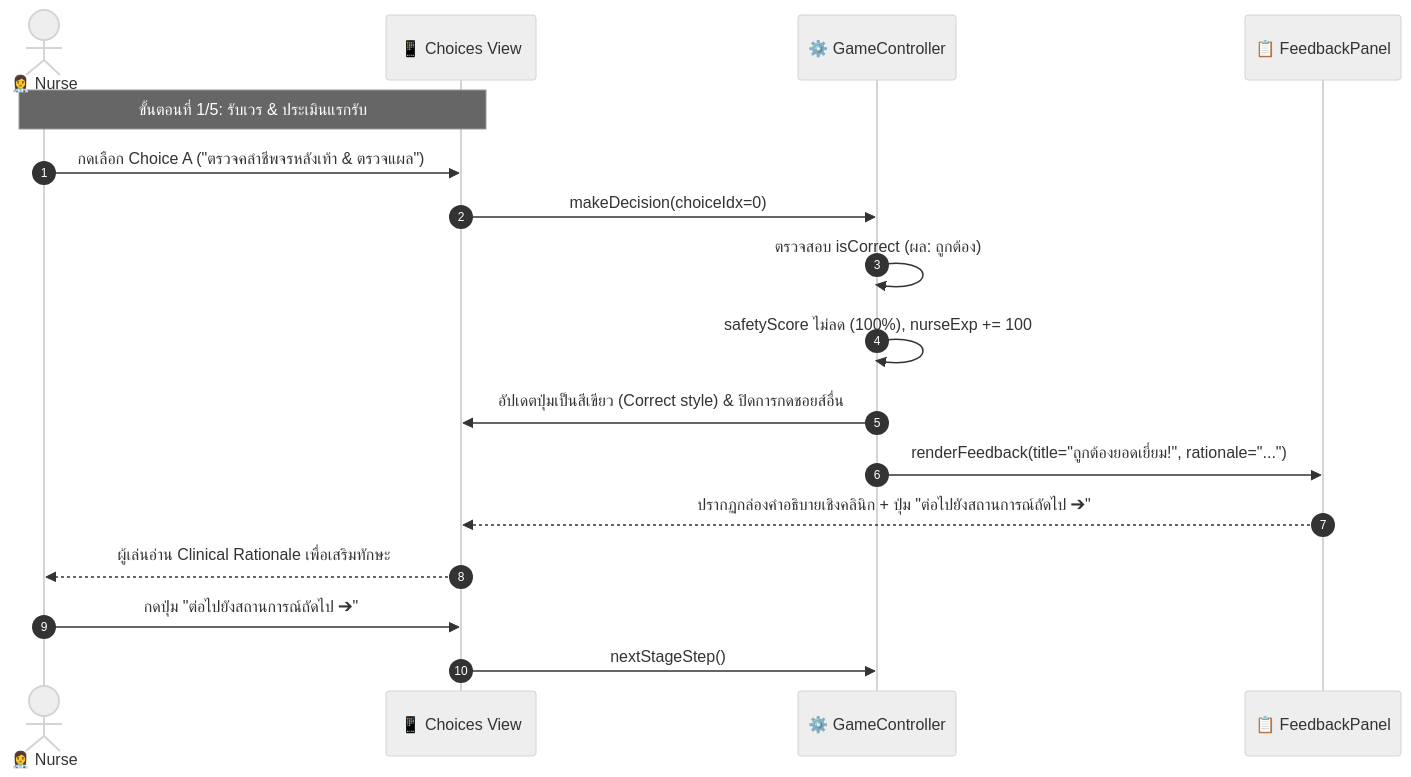
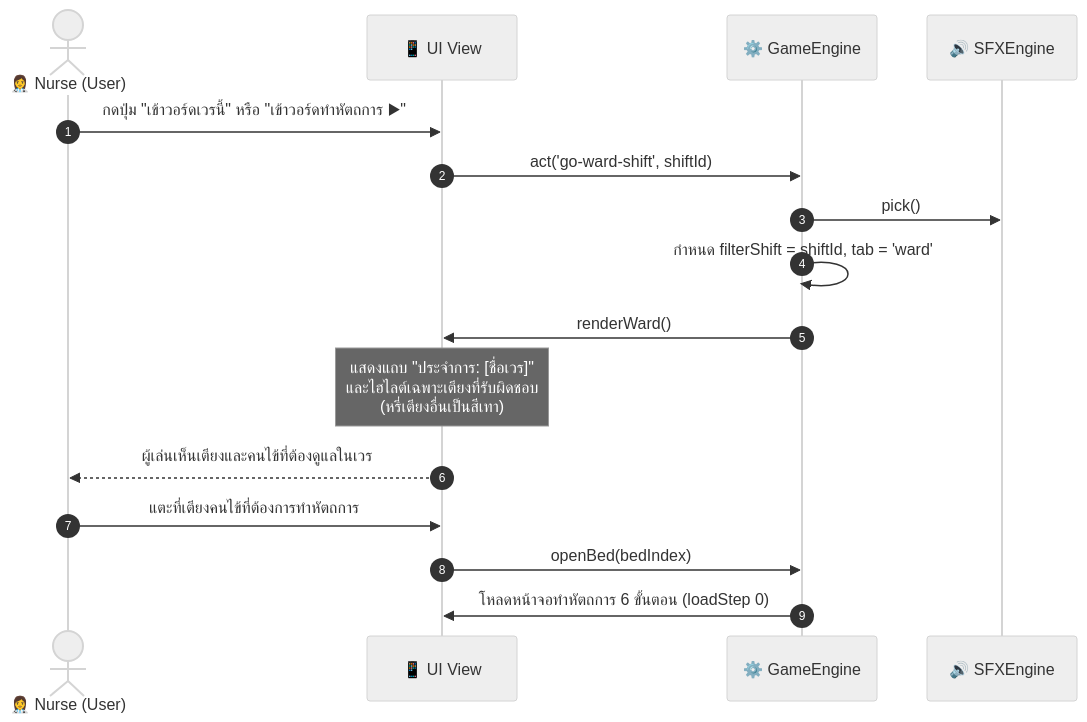
One commit to superxsiwa/a-ward changed the second of 5 diagrams in docs/SEQUENCE_DIAGRAMS.md. Above: the diagram before and after it, drawn with Mermaid (neutral theme). The commit also changed other lines of this file and 3 other files, not shown here.

````diff
--- a/docs/SEQUENCE_DIAGRAMS.md
+++ b/docs/SEQUENCE_DIAGRAMS.md
@@ -52,20 +50,19 @@
 ```mermaid
 sequenceDiagram
     autonumber
-    actor Nurse as 👩‍⚕️ Nurse
-    participant UI as 📱 Choices View
-    participant Game as ⚙️ GameController
-    participant Feedback as 📋 FeedbackPanel
+    actor Nurse as 👩‍⚕️ Nurse (User)
+    participant UI as 📱 UI View
+    participant Engine as ⚙️ GameEngine
+    participant SFX as 🔊 SFXEngine
 
-    Note over Nurse, UI: ขั้นตอนที่ 1/5: รับเวร & ประเมินแรกรับ
-    Nurse ->> UI: กดเลือก Choice A ("ตรวจคลำชีพจรหลังเท้า & ตรวจแผล")
-    UI ->> Game: makeDecision(choiceIdx=0)
-    Game ->> Game: ตรวจสอบ isCorrect (ผล: ถูกต้อง)
-    Game ->> Game: safetyScore ไม่ลด (100%), nurseExp += 100
-    Game ->> UI: อัปเดตปุ่มเป็นสีเขียว (Correct style) & ปิดการกดชอยส์อื่น
-    Game ->> Feedback: renderFeedback(title="ถูกต้องยอดเยี่ยม!", rationale="...")
-    Feedback -->> UI: ปรากฏกล่องคำอธิบายเชิงคลินิก + ปุ่ม "ต่อไปยังสถานการณ์ถัดไป ➔"
-    UI -->> Nurse: ผู้เล่นอ่าน Clinical Rationale เพื่อเสริมทักษะ
-    Nurse ->> UI: กดปุ่ม "ต่อไปยังสถานการณ์ถัดไป ➔"
-    UI ->> Game: nextStageStep()
+    Nurse ->> UI: กดปุ่ม "เข้าวอร์ดเวรนี้" หรือ "เข้าวอร์ดทำหัตถการ ▶"
+    UI ->> Engine: act('go-ward-shift', shiftId)
+    Engine ->> SFX: pick()
+    Engine ->> Engine: กำหนด filterShift = shiftId, tab = 'ward'
+    Engine ->> UI: renderWard()
+    Note over UI: แสดงแถบ "ประจำการ: [ชื่อเวร]"<br>และไฮไลต์เฉพาะเตียงที่รับผิดชอบ<br>(หรี่เตียงอื่นเป็นสีเทา)
+    UI -->> Nurse: ผู้เล่นเห็นเตียงและคนไข้ที่ต้องดูแลในเวร
+    Nurse ->> UI: แตะที่เตียงคนไข้ที่ต้องการทำหัตถการ
+    UI ->> Engine: openBed(bedIndex)
+    Engine ->> UI: โหลดหน้าจอทำหัตถการ 6 ขั้นตอน (loadStep 0)
 ```
````
